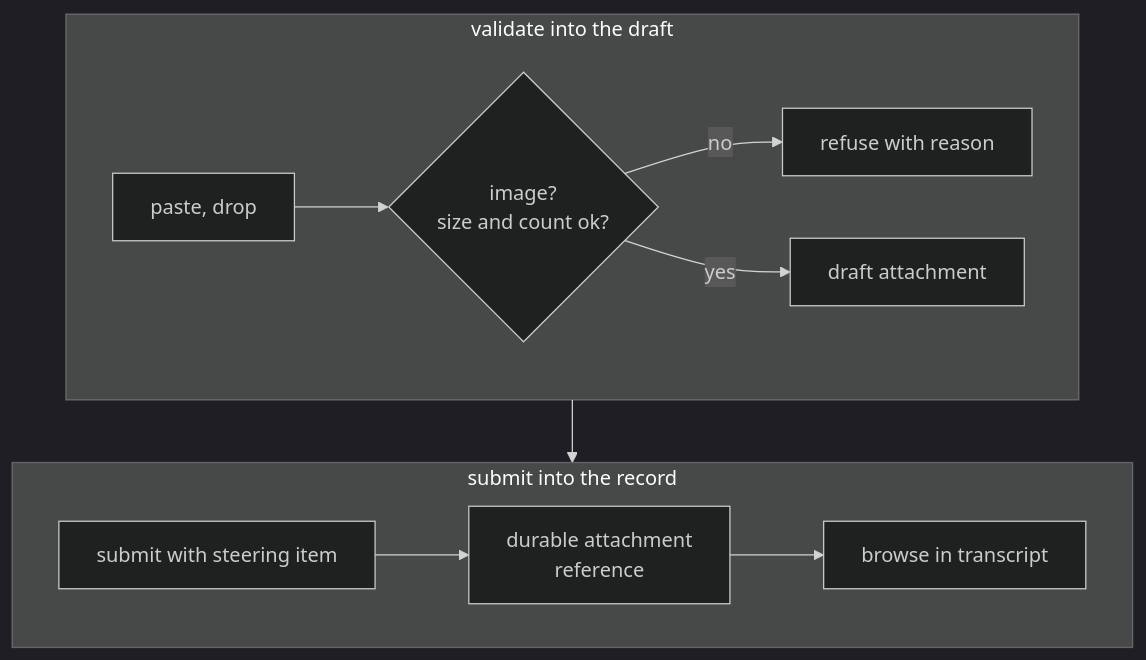
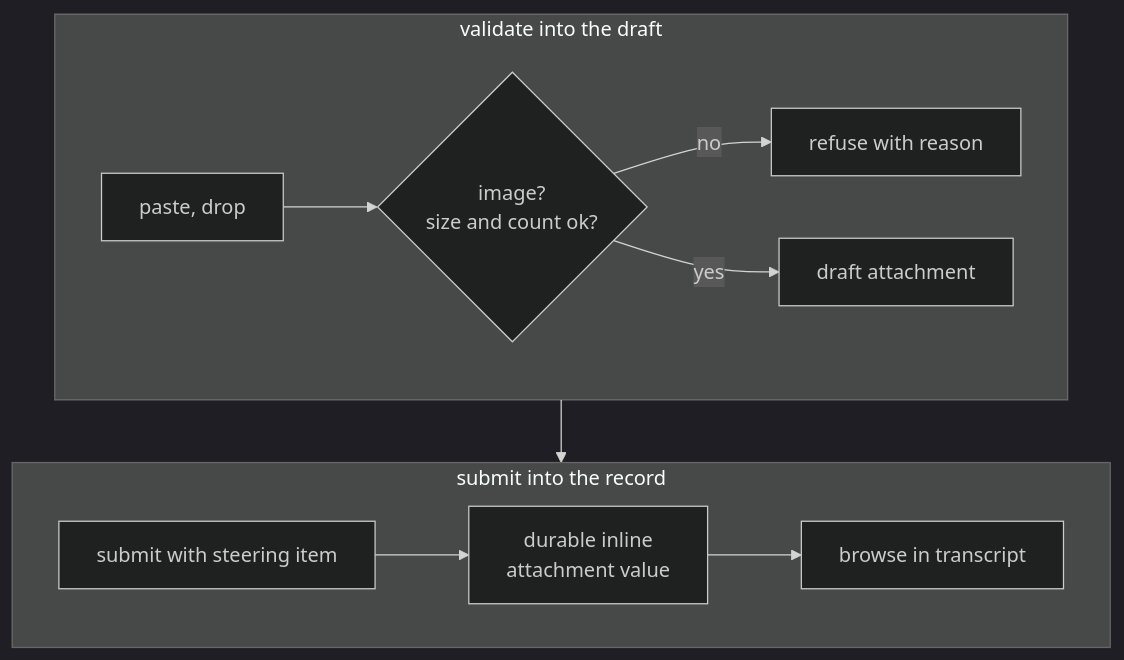
Diagram 11 of 13 in docs/product/interfaces.md (infimalabs/spice-rust), drawn with Mermaid (dark theme) before and after one commit. The commit also changed other lines of this file and 71 other files, not shown here.

````diff
--- a/docs/product/interfaces.md
+++ b/docs/product/interfaces.md
@@ -273,15 +300,15 @@
 ```mermaid
 flowchart TD
   subgraph DRAFT["validate into the draft"]
     direction LR
     P["paste, drop"] --> V{"image?<br/>size and count ok?"}
     V -- no --> R["refuse with reason"]
     V -- yes --> D["draft attachment"]
   end
   subgraph RECORD["submit into the record"]
     direction LR
-    S["submit with steering item"] --> DUR["durable attachment<br/>reference"]
+    S["submit with steering item"] --> DUR["durable inline<br/>attachment value"]
     DUR --> T["browse in transcript"]
   end
   D --> S
 ```
````
